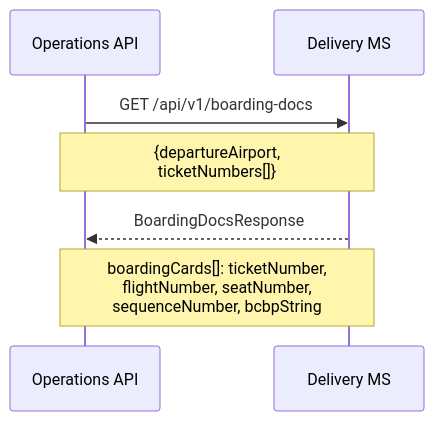
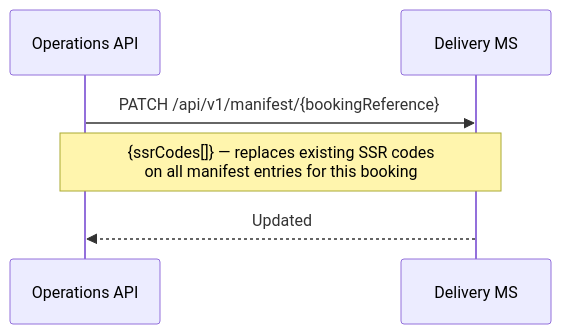
The eighth of 13 diagrams in documentation/sequences/delivery.md (sebharvey/airline-reservation-system), drawn with Mermaid before and after one commit. The commit also changed other lines of this file and 11 other files, not shown here.

````diff
--- a/documentation/sequences/delivery.md
+++ b/documentation/sequences/delivery.md
@@ -131,10 +156,9 @@
 ```mermaid
 sequenceDiagram
     participant OpsAPI as Operations API
     participant DeliveryMS as Delivery MS
 
-    OpsAPI->>DeliveryMS: GET /api/v1/boarding-docs
-    Note over OpsAPI,DeliveryMS: {departureAirport,<br/>ticketNumbers[]}
-    DeliveryMS-->>OpsAPI: BoardingDocsResponse
-    Note over DeliveryMS,OpsAPI: boardingCards[]: ticketNumber,<br/>flightNumber, seatNumber,<br/>sequenceNumber, bcbpString
+    OpsAPI->>DeliveryMS: PATCH /api/v1/manifest/{bookingReference}
+    Note over OpsAPI,DeliveryMS: {ssrCodes[]} — replaces existing SSR codes<br/>on all manifest entries for this booking
+    DeliveryMS-->>OpsAPI: Updated
 ```
````
